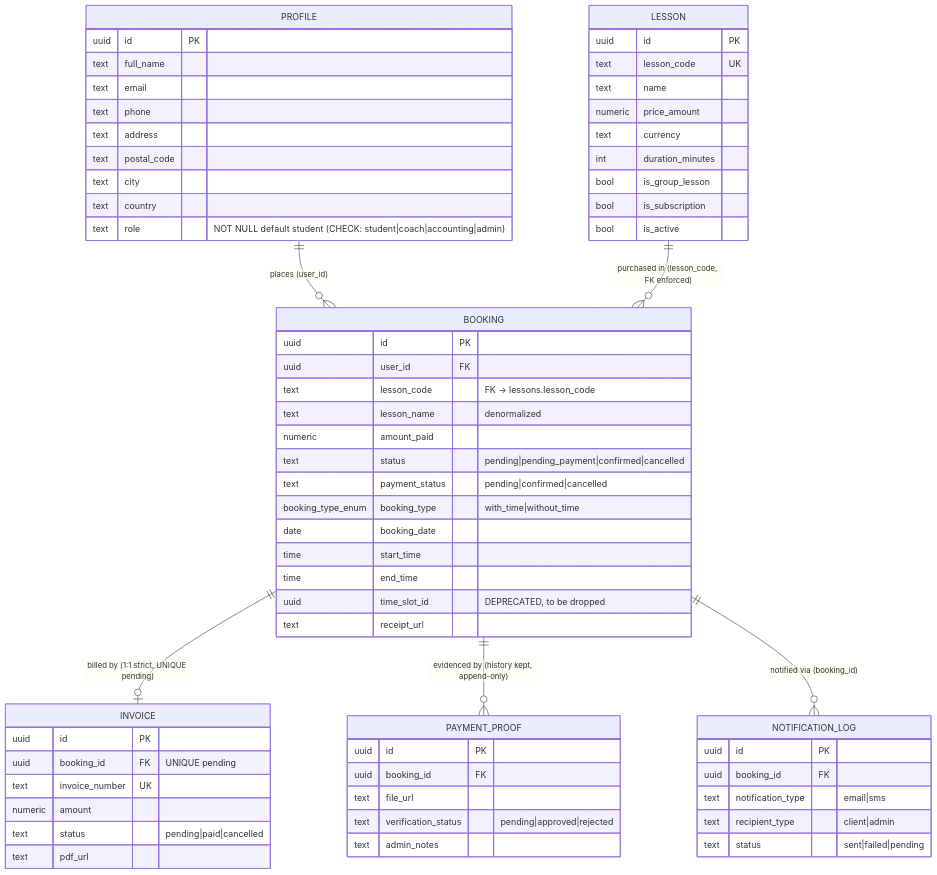
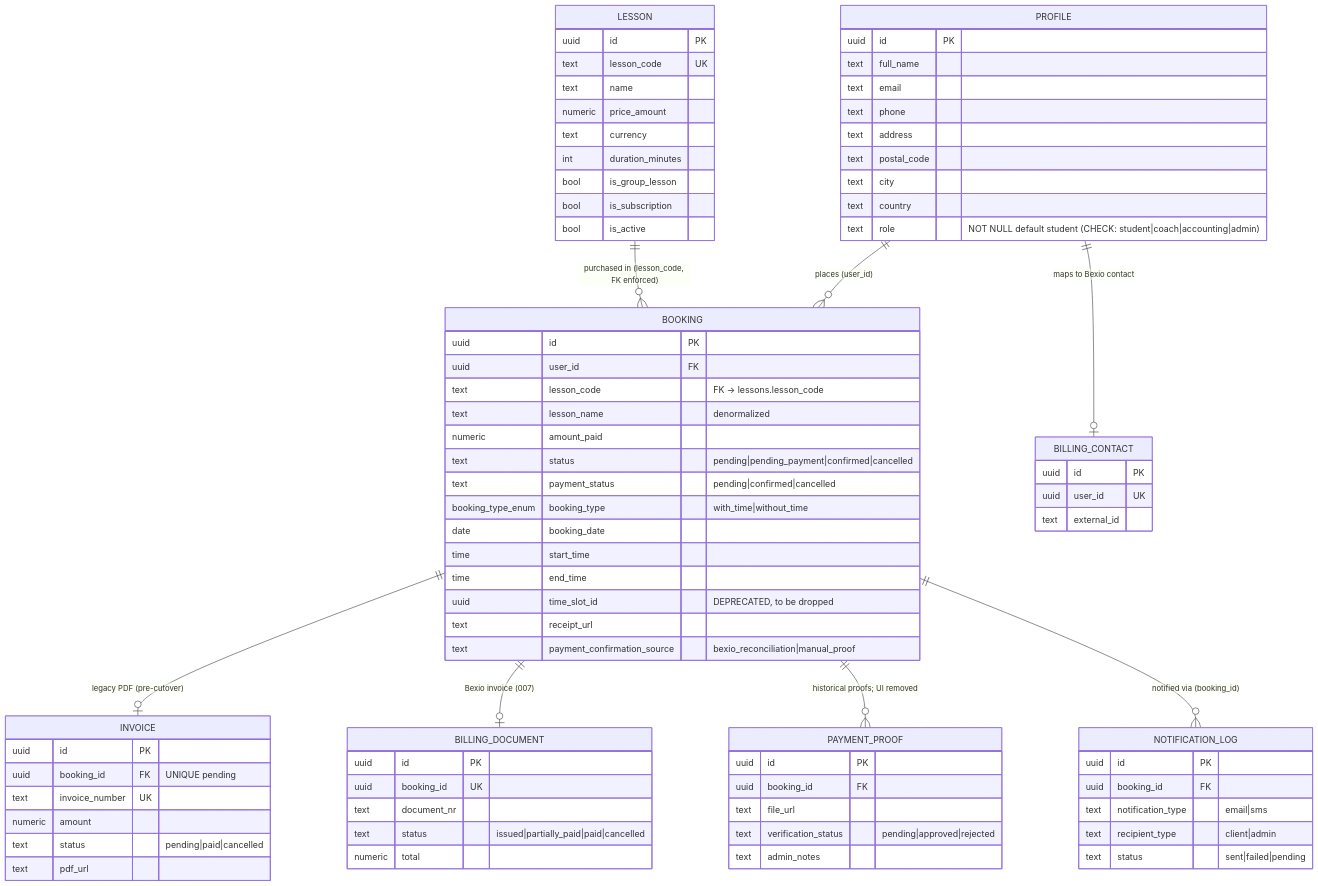
One commit to AGCPadelAcademy/web_application changed the first of 5 diagrams in specs/project-context/domain-model.md. Above: the diagram before and after it, drawn with Mermaid. The commit also changed other lines of this file and 5 other files, not shown here.

```diff
--- a/specs/project-context/domain-model.md
+++ b/specs/project-context/domain-model.md
@@ -156,9 +189,11 @@
 erDiagram
     PROFILE ||--o{ BOOKING : "places (user_id)"
     LESSON ||--o{ BOOKING : "purchased in (lesson_code, FK enforced)"
-    BOOKING ||--o| INVOICE : "billed by (1:1 strict, UNIQUE pending)"
-    BOOKING ||--o{ PAYMENT_PROOF : "evidenced by (history kept, append-only)"
+    BOOKING ||--o| INVOICE : "legacy PDF (pre-cutover)"
+    BOOKING ||--o| BILLING_DOCUMENT : "Bexio invoice (007)"
+    BOOKING ||--o{ PAYMENT_PROOF : "historical proofs; UI removed"
     BOOKING ||--o{ NOTIFICATION_LOG : "notified via (booking_id)"
+    PROFILE ||--o| BILLING_CONTACT : "maps to Bexio contact"
 
     PROFILE {
         uuid id PK
@@ -196,6 +231,19 @@
         time end_time
         uuid time_slot_id "DEPRECATED, to be dropped"
         text receipt_url
+        text payment_confirmation_source "bexio_reconciliation|manual_proof"
+    }
+    BILLING_DOCUMENT {
+        uuid id PK
+        uuid booking_id UK
+        text document_nr
+        text status "issued|partially_paid|paid|cancelled"
+        numeric total
+    }
+    BILLING_CONTACT {
+        uuid id PK
+        uuid user_id UK
+        text external_id
     }
     INVOICE {
         uuid id PK
```
